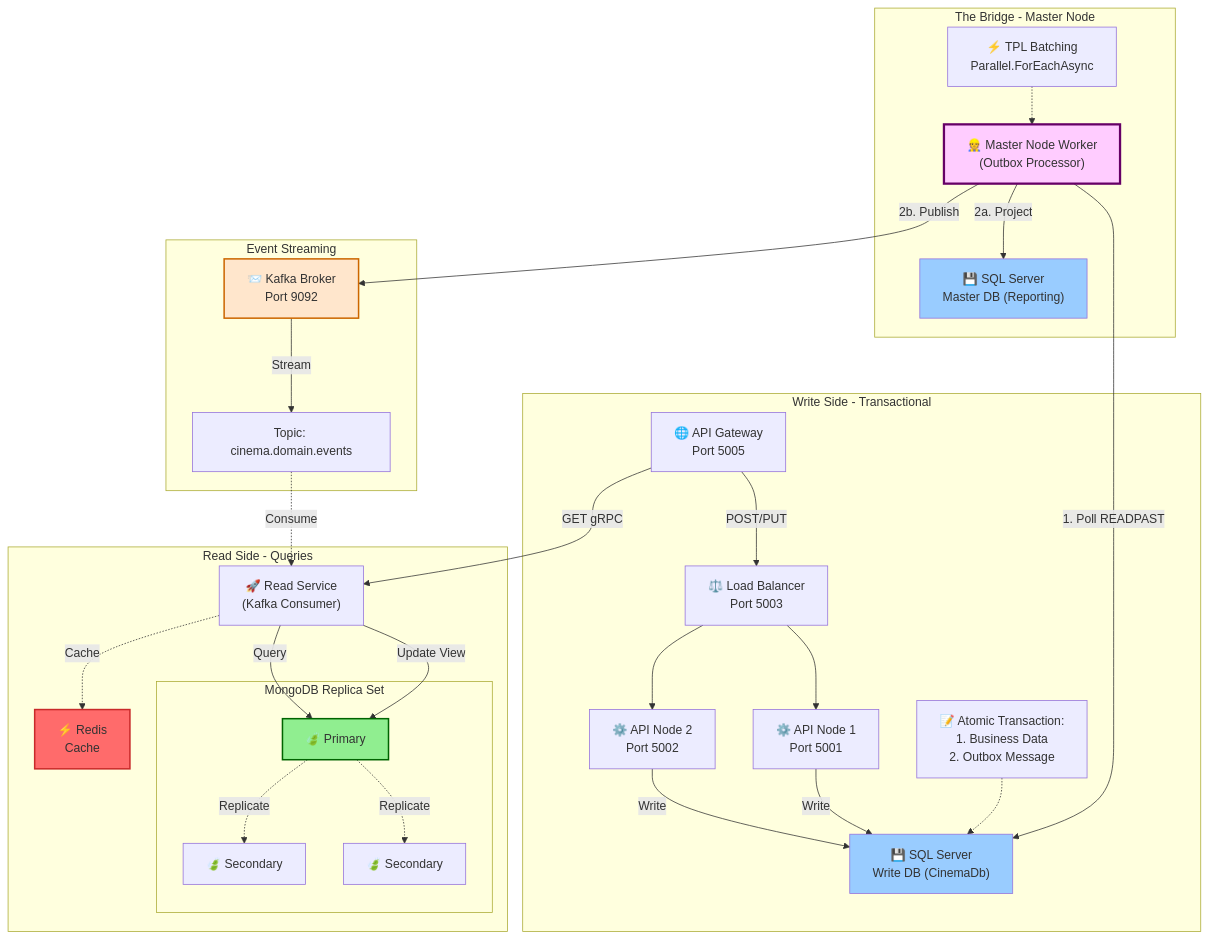
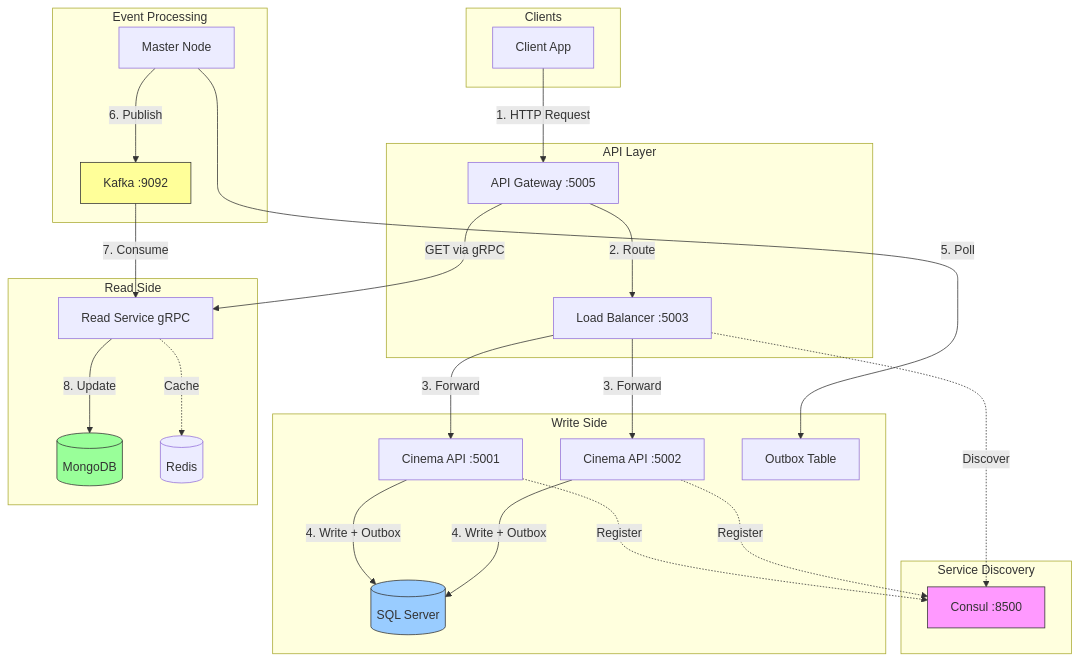
One commit to sonne120/cinema changed the first of 2 diagrams in README.md. Above: the diagram before and after it, drawn with Mermaid. The commit also changed other lines of this file and 61 other files, not shown here.

Commit message:
Features Added - JWT Bearer Authentication with refresh tokens - Role-Based Authorization (Customer, Staff, Manager, Admin) - Auth Endpoints: register, login, refresh, logout, profile - Consul Service Registry with health checks - Dynamic Load Balancing via YARP + Consul

````diff
--- a/README.md
+++ b/README.md
@@ -6,73 +23,54 @@
 ```mermaid
-graph TD
-    subgraph "Write Side - Transactional"
-        Gateway["🌐 API Gateway<br/>Port 5005"]
-        LB["⚖️ Load Balancer<br/>Port 5003"]
-        API1["⚙️ API Node 1<br/>Port 5001"]
-        API2["⚙️ API Node 2<br/>Port 5002"]
-        SQL["💾 SQL Server<br/>Write DB (CinemaDb)"]
-        
-        note_trans["📝 Atomic Transaction:<br/>1. Business Data<br/>2. Outbox Message"]
-    end
-    
-    subgraph "The Bridge - Master Node"
-        MasterNode["👷 Master Node Worker<br/>(Outbox Processor)"]
-        MasterSQL["💾 SQL Server<br/>Master DB (Reporting)"]
-        
-        note_tpl["⚡ TPL Batching<br/>Parallel.ForEachAsync"]
-    end
-    
-    subgraph "Event Streaming"
-        Kafka["📨 Kafka Broker<br/>Port 9092"]
-        Topic1["Topic: cinema.domain.events"]
-    end
-    
-    subgraph "Read Side - Queries"
-        ReadService["🚀 Read Service<br/>(Kafka Consumer)"]
-        
-        subgraph "MongoDB Replica Set"
-            Mongo1["🍃 Primary"]
-            Mongo2["🍃 Secondary"]
-            Mongo3["🍃 Secondary"]
-        end
-
-        Redis["⚡ Redis<br/>Cache"]
+graph TB
+    subgraph "Clients"
+        Client[Client App]
     end
 
-    %% Command Flow
-    Gateway -->|POST/PUT| LB
-    LB --> API1
-    LB --> API2
-    
-    API1 -->|Write| SQL
-    API2 -->|Write| SQL
-    note_trans -.-> SQL
+    subgraph "API Layer"
+        GW[API Gateway :5005]
+        LB[Load Balancer :5003]
+    end
 
-    %% The Outbox Pattern (Master Node)
-    MasterNode -->|1. Poll READPAST| SQL
-    MasterNode -->|2a. Project| MasterSQL
-    MasterNode -->|2b. Publish| Kafka
-    note_tpl -.-> MasterNode
-    
-    %% Event Flow
-    Kafka -->|Stream| Topic1
-    Topic1 -.->|Consume| ReadService
-    
-    %% Read Side Updates
-    ReadService -->|Update View| Mongo1
-    Mongo1 -.->|Replicate| Mongo2
-    Mongo1 -.->|Replicate| Mongo3
-    
-    %% Query Flow
-    Gateway -->|GET gRPC| ReadService
-    ReadService -->|Query| Mongo1
-    ReadService -.->|Cache| Redis
-    
-    %% Styling
-    style MasterNode fill:#ffccff,stroke:#660066,stroke-width:3px
-    style SQL fill:#99ccff
-    style MasterSQL fill:#99ccff
-    style Kafka fill:#ffe6cc,stroke:#cc6600,stroke-width:2px
-    style Mongo1 fill:#90ee90,stroke:#006400,stroke-width:2px
-    style Redis fill:#ff6b6b,stroke:#c92a2a,stroke-width:2px
+    subgraph "Service Discovery"
+        Consul[Consul :8500]
+    end
+
+    subgraph "Write Side"
+        API1[Cinema API :5001]
+        API2[Cinema API :5002]
+        SQL[(SQL Server)]
+        Outbox[Outbox Table]
+    end
+
+    subgraph "Event Processing"
+        Master[Master Node]
+        Kafka[Kafka :9092]
+    end
+
+    subgraph "Read Side"
+        ReadSvc[Read Service gRPC]
+        Mongo[(MongoDB)]
+        Redis[(Redis)]
+    end
+
+    Client -->|1. HTTP Request| GW
+    GW -->|2. Route| LB
+    LB -->|3. Forward| API1 & API2
+    API1 & API2 -->|4. Write + Outbox| SQL
+
+    API1 & API2 -.->|Register| Consul
+    LB -.->|Discover| Consul
+
+    Master -->|5. Poll| Outbox
+    Master -->|6. Publish| Kafka
+    Kafka -->|7. Consume| ReadSvc
+    ReadSvc -->|8. Update| Mongo
+    ReadSvc -.->|Cache| Redis
+
+    GW -->|GET via gRPC| ReadSvc
+
+    style Consul fill:#f9f,stroke:#333
+    style Kafka fill:#ff9,stroke:#333
+    style SQL fill:#9cf,stroke:#333
+    style Mongo fill:#9f9,stroke:#333
 ```
````
